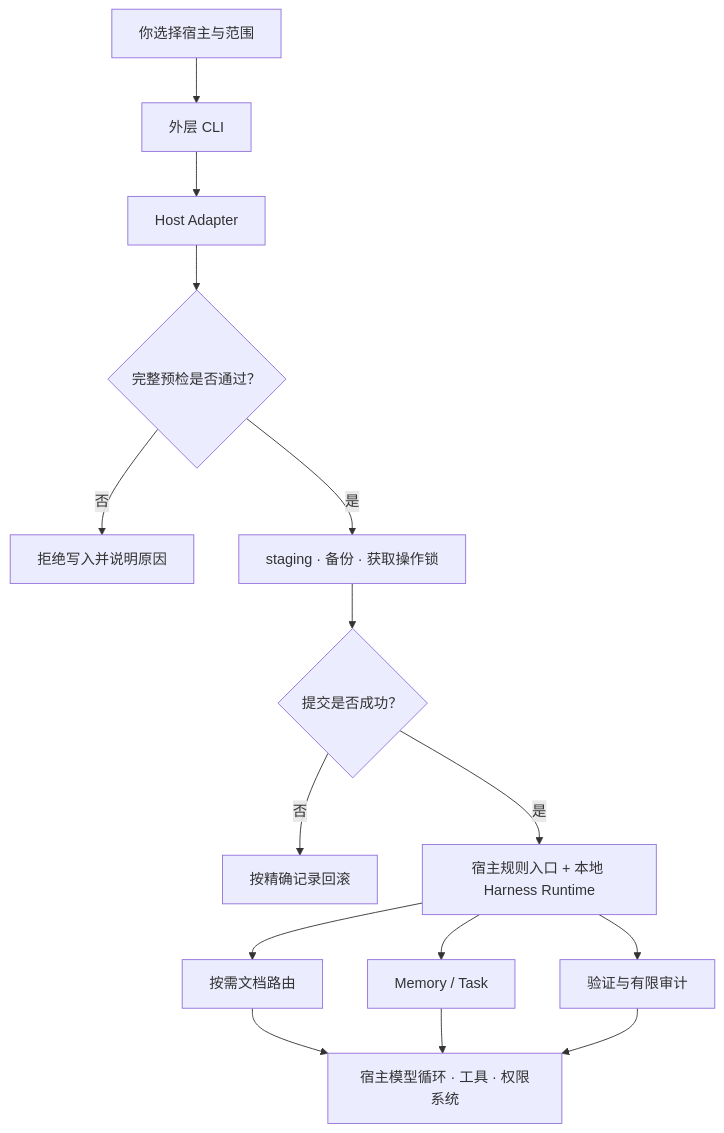
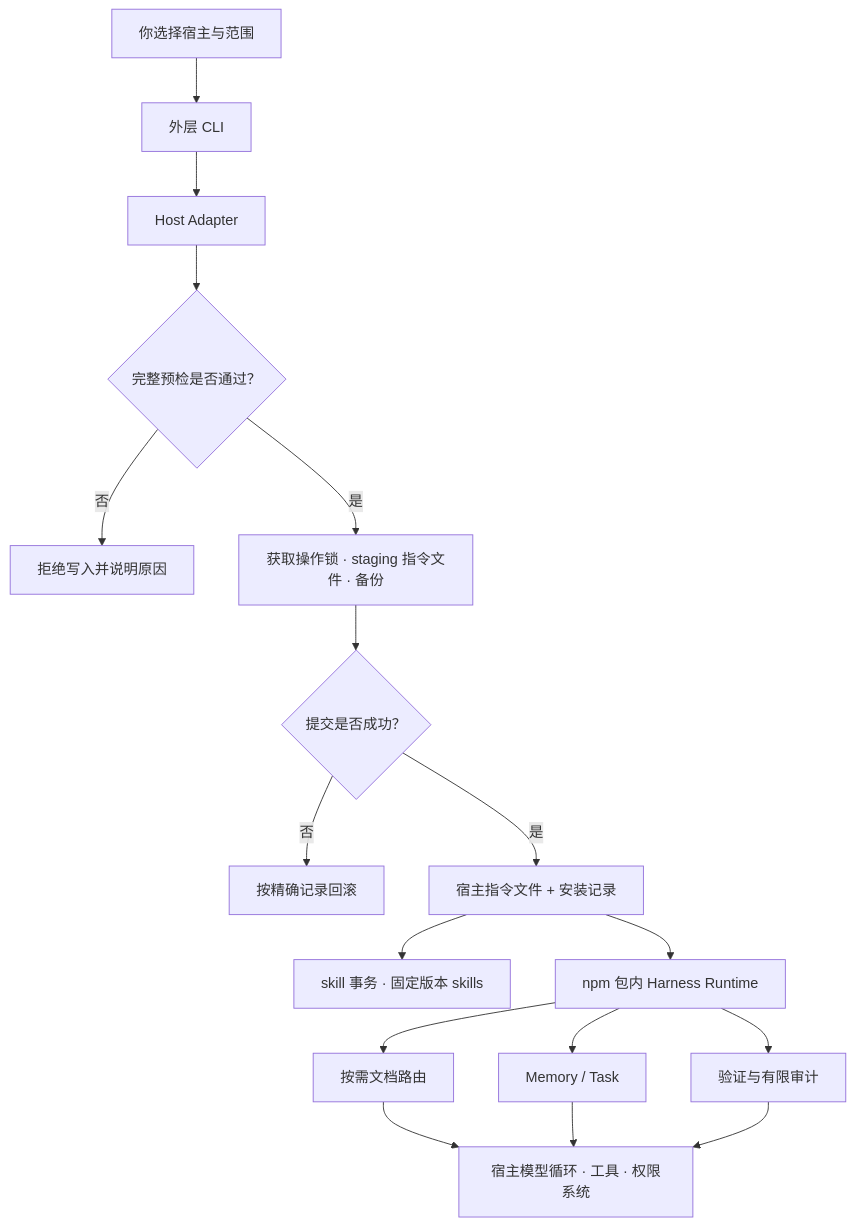
One commit to Alessandro-Pang/harnessmith changed the diagram in apps/docs/site/zh/concepts/how-it-works.md. Above: the diagram before and after it, drawn with Mermaid. The commit also changed other lines of this file and 208 other files, not shown here.

````diff
--- a/apps/docs/site/zh/concepts/how-it-works.md
+++ b/apps/docs/site/zh/concepts/how-it-works.md
@@ -52,17 +52,19 @@
 ```mermaid
 flowchart TD
   Choice["你选择宿主与范围"] --> CLI["外层 CLI"]
   CLI --> Adapter["Host Adapter"]
   Adapter --> Preflight{"完整预检是否通过？"}
   Preflight -->|"否"| Refuse["拒绝写入并说明原因"]
-  Preflight -->|"是"| Stage["staging · 备份 · 获取操作锁"]
-  Stage --> Commit{"提交是否成功？"}
+  Preflight -->|"是"| Lock["获取操作锁 · staging 指令文件 · 备份"]
+  Lock --> Commit{"提交是否成功？"}
   Commit -->|"否"| Rollback["按精确记录回滚"]
-  Commit -->|"是"| Runtime["宿主规则入口 + 本地 Harness Runtime"]
+  Commit -->|"是"| Installed["宿主指令文件 + 安装记录"]
+  Installed --> Skill["skill 事务 · 固定版本 skills"]
+  Installed --> Runtime["npm 包内 Harness Runtime"]
   Runtime --> Docs["按需文档路由"]
   Runtime --> State["Memory / Task"]
   Runtime --> Verify["验证与有限审计"]
   Docs --> Host["宿主模型循环 · 工具 · 权限系统"]
   State --> Host
   Verify --> Host
 ```
````
